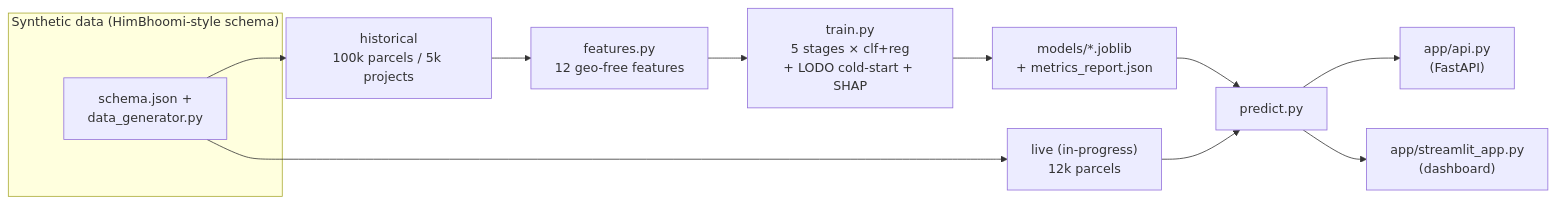
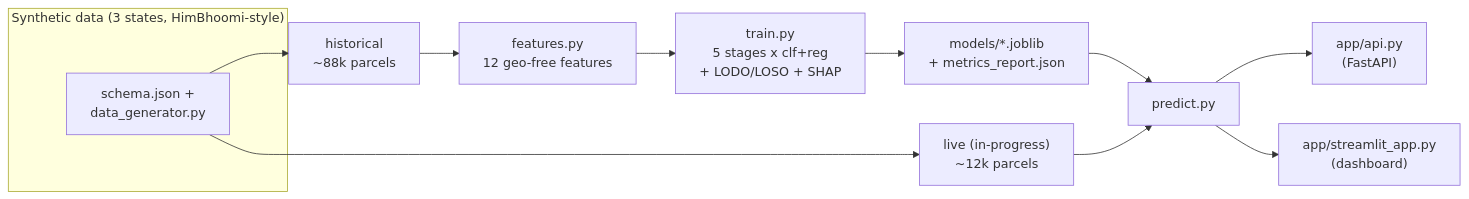
The diagram in README.md (Supersaiyan101/sih-project-2026), drawn with Mermaid before and after one commit. The commit also changed other lines of this file and 58 other files, not shown here.

First line of the commit message:
feat: multi-state architecture with semantic IDs and cold-start validation

````diff
--- a/README.md
+++ b/README.md
@@ -39,15 +40,15 @@
 ```mermaid
 flowchart LR
-    subgraph DATA["Synthetic data (HimBhoomi-style schema)"]
+    subgraph DATA["Synthetic data (3 states, HimBhoomi-style)"]
         G[schema.json +<br/>data_generator.py]
     end
-    G --> HIST["historical<br/>100k parcels / 5k projects"]
-    G --> LIVE["live (in-progress)<br/>12k parcels"]
+    G --> HIST["historical<br/>~88k parcels"]
+    G --> LIVE["live (in-progress)<br/>~12k parcels"]
     HIST --> F[features.py<br/>12 geo-free features]
-    F --> T[train.py<br/>5 stages × clf+reg<br/>+ LODO cold-start + SHAP]
+    F --> T[train.py<br/>5 stages x clf+reg<br/>+ LODO/LOSO + SHAP]
     T --> M[models/*.joblib<br/>+ metrics_report.json]
     M --> P[predict.py]
     LIVE --> P
     P --> API["app/api.py<br/>(FastAPI)"]
     P --> UI["app/streamlit_app.py<br/>(dashboard)"]
 ```
````
